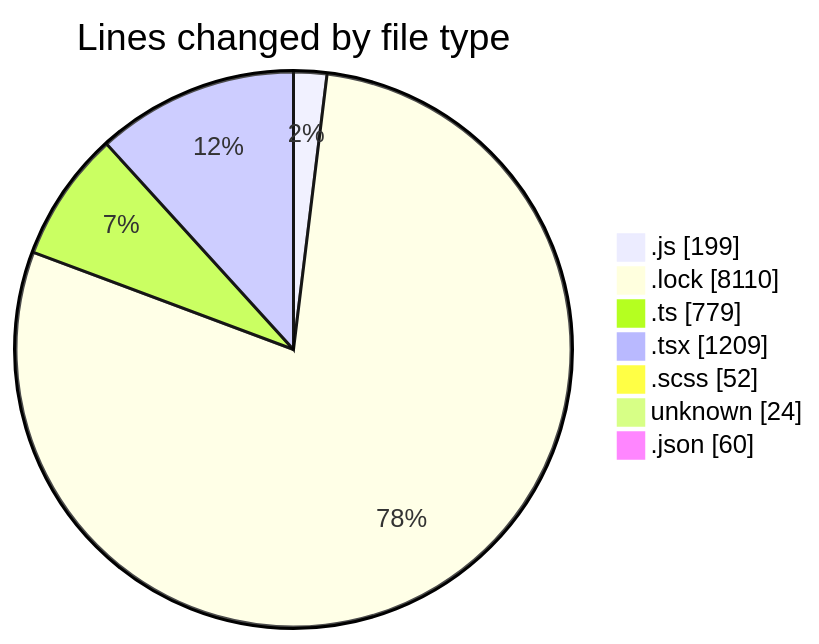
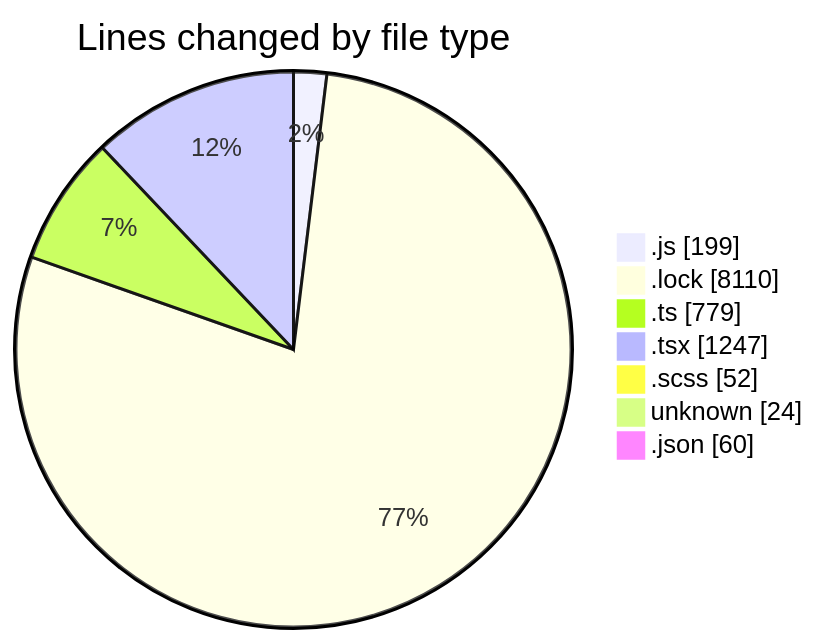
One commit to momahboobian/code-tracking changed the first of 2 diagrams in 2025-02-07/cda/README.md. Above: the diagram before and after it, drawn with Mermaid. The commit also changed other lines of this file and 1 other file, not shown here.

````diff
--- a/2025-02-07/cda/README.md
+++ b/2025-02-07/cda/README.md
@@ -58,11 +58,11 @@
 ```mermaid
 pie showData
 title Lines changed by file type
 ".js" : 199
 ".lock" : 8110
 ".ts" : 779
-".tsx" : 1209
+".tsx" : 1247
 ".scss" : 52
 "unknown" : 24
 ".json" : 60
 ```
````
